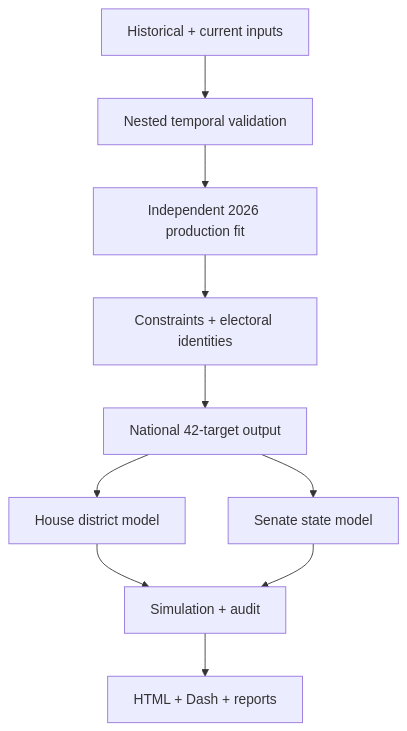
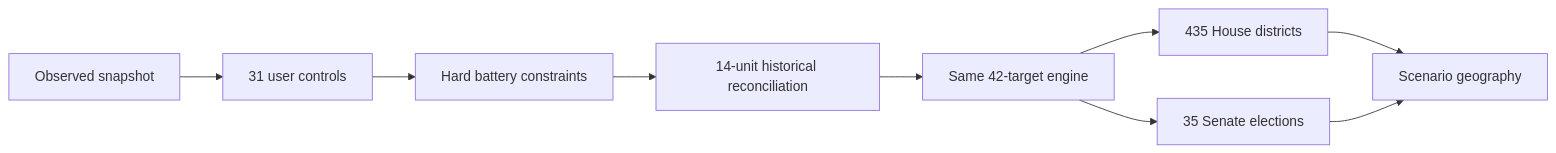
The second of 2 diagrams in README.md (juaniflls/midterms-2026-forecast), drawn with Mermaid before and after one commit. The commit also changed other lines of this file and 402 other files, not shown here.

````diff
--- a/README.md
+++ b/README.md
@@ -130,12 +261,11 @@
 ```mermaid
-flowchart TD
-    A["Historical + current inputs"] --> B["Nested temporal validation"]
-    B --> C["Independent 2026 production fit"]
-    C --> D["Constraints + electoral identities"]
-    D --> E["National 42-target output"]
-    E --> F["House district model"]
-    E --> G["Senate state model"]
-    F --> H["Simulation + audit"]
+flowchart LR
+    A["Observed snapshot"] --> B["31 user controls"]
+    B --> C["Hard battery constraints"]
+    C --> D["14-unit historical reconciliation"]
+    D --> E["Same 42-target engine"]
+    E --> F["435 House districts"]
+    E --> G["35 Senate elections"]
+    F --> H["Scenario geography"]
     G --> H
-    H --> I["HTML + Dash + reports"]
 ```
````
